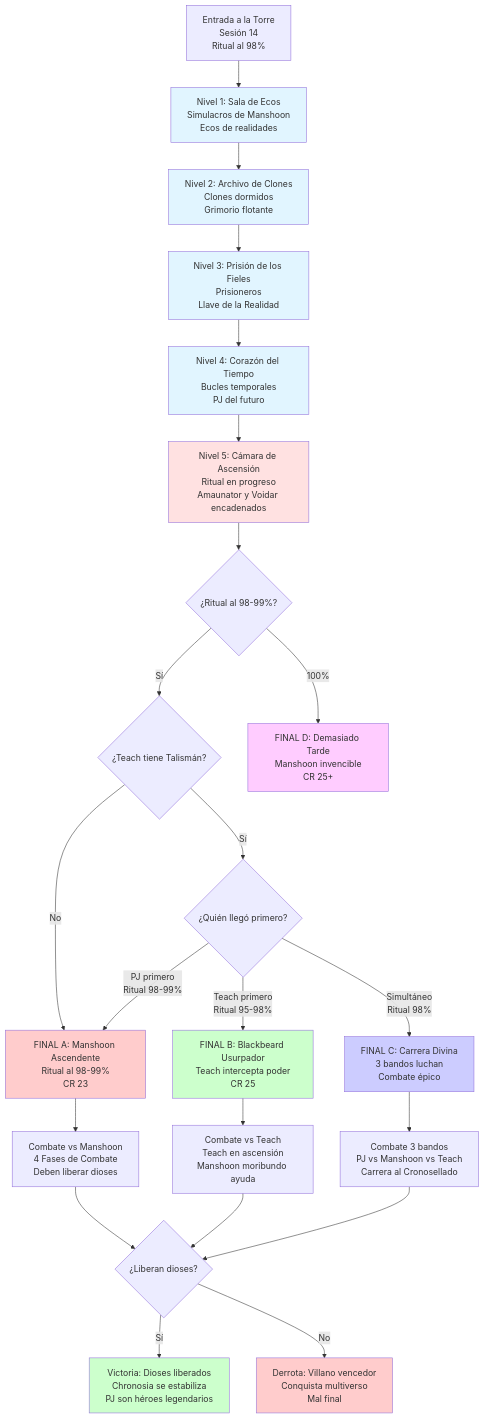
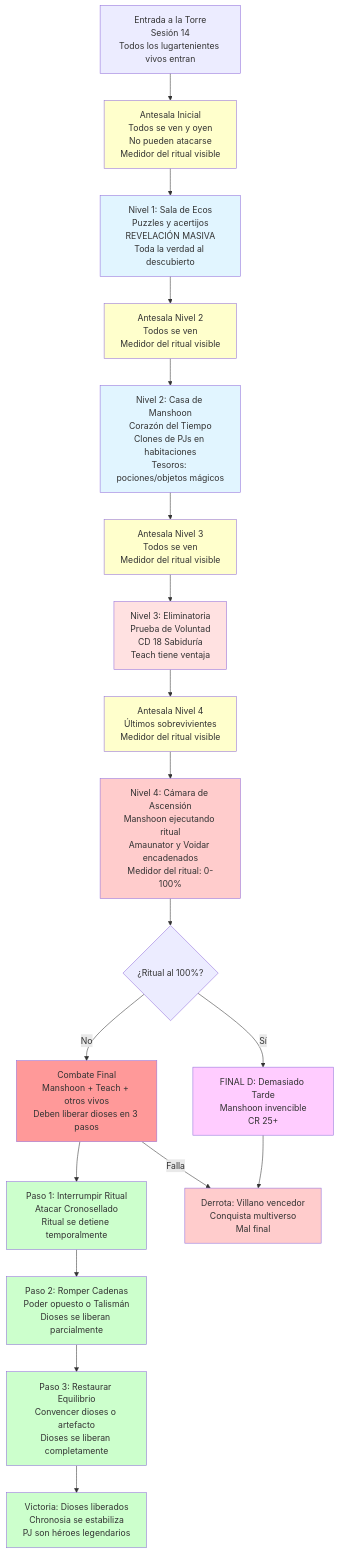
The diagram in Chronosia_Campana_Profesional/00_Esquemas/03_Torre_Eternidad.md (asantolaria/dnd-campaign-chronosia), drawn with Mermaid before and after one commit. The commit also changed other lines of this file and 70 other files, not shown here.

````diff
--- a/Chronosia_Campana_Profesional/00_Esquemas/03_Torre_Eternidad.md
+++ b/Chronosia_Campana_Profesional/00_Esquemas/03_Torre_Eternidad.md
@@ -18,47 +18,48 @@
 ```mermaid
 flowchart TD
-    ENTRADA[Entrada a la Torre<br/>Sesión 14<br/>Ritual al 98%] --> N1[Nivel 1: Sala de Ecos<br/>Simulacros de Manshoon<br/>Ecos de realidades]
+    ENTRADA[Entrada a la Torre<br/>Sesión 14<br/>Todos los lugartenientes vivos entran] --> ANTESALA[Antesala Inicial<br/>Todos se ven y oyen<br/>No pueden atacarse<br/>Medidor del ritual visible]
     
-    N1 --> N2[Nivel 2: Archivo de Clones<br/>Clones dormidos<br/>Grimorio flotante]
+    ANTESALA --> N1[Nivel 1: Sala de Ecos<br/>Puzzles y acertijos<br/>REVELACIÓN MASIVA<br/>Toda la verdad al descubierto]
     
-    N2 --> N3[Nivel 3: Prisión de los Fieles<br/>Prisioneros<br/>Llave de la Realidad]
+    N1 --> ANTESALA2[Antesala Nivel 2<br/>Todos se ven<br/>Medidor del ritual visible]
+    ANTESALA2 --> N2[Nivel 2: Casa de Manshoon<br/>Corazón del Tiempo<br/>Clones de PJs en habitaciones<br/>Tesoros: pociones/objetos mágicos]
     
-    N3 --> N4[Nivel 4: Corazón del Tiempo<br/>Bucles temporales<br/>PJ del futuro]
+    N2 --> ANTESALA3[Antesala Nivel 3<br/>Todos se ven<br/>Medidor del ritual visible]
+    ANTESALA3 --> N3[Nivel 3: Eliminatoria<br/>Prueba de Voluntad<br/>CD 18 Sabiduría<br/>Teach tiene ventaja]
     
-    N4 --> N5[Nivel 5: Cámara de Ascensión<br/>Ritual en progreso<br/>Amaunator y Voidar encadenados]
+    N3 --> ANTESALA4[Antesala Nivel 4<br/>Últimos sobrevivientes<br/>Medidor del ritual visible]
+    ANTESALA4 --> N4[Nivel 4: Cámara de Ascensión<br/>Manshoon ejecutando ritual<br/>Amaunator y Voidar encadenados<br/>Medidor del ritual: 0-100%]
     
-    N5 --> TIMING{¿Ritual al 98-99%?}
+    N4 --> TIMING{¿Ritual al 100%?}
     
-    TIMING -->|Sí| CHECK_TEACH{¿Teach tiene Talismán?}
-    TIMING -->|100%| FINAL_D[FINAL D: Demasiado Tarde<br/>Manshoon invencible<br/>CR 25+]
+    TIMING -->|No| COMBATE[Combate Final<br/>Manshoon + Teach + otros vivos<br/>Deben liberar dioses en 3 pasos]
+    TIMING -->|Sí| FINAL_D[FINAL D: Demasiado Tarde<br/>Manshoon invencible<br/>CR 25+]
     
-    CHECK_TEACH -->|Sí| CHECK_ARRIVAL{¿Quién llegó primero?}
-    CHECK_TEACH -->|No| FINAL_A[FINAL A: Manshoon Ascendente<br/>Ritual al 98-99%<br/>CR 23]
+    COMBATE --> PASO1[Paso 1: Interrumpir Ritual<br/>Atacar Cronosellado<br/>Ritual se detiene temporalmente]
     
-    CHECK_ARRIVAL -->|Teach primero<br/>Ritual 95-98%| FINAL_B[FINAL B: Blackbeard Usurpador<br/>Teach intercepta poder<br/>CR 25]
-    CHECK_ARRIVAL -->|PJ primero<br/>Ritual 98-99%| FINAL_A
-    CHECK_ARRIVAL -->|Simultáneo<br/>Ritual 98%| FINAL_C[FINAL C: Carrera Divina<br/>3 bandos luchan<br/>Combate épico]
+    PASO1 --> PASO2[Paso 2: Romper Cadenas<br/>Poder opuesto o Talismán<br/>Dioses se liberan parcialmente]
     
-    FINAL_A --> COMBATE1[Combate vs Manshoon<br/>4 Fases de Combate<br/>Deben liberar dioses]
-    FINAL_B --> COMBATE2[Combate vs Teach<br/>Teach en ascensión<br/>Manshoon moribundo ayuda]
-    FINAL_C --> COMBATE3[Combate 3 bandos<br/>PJ vs Manshoon vs Teach<br/>Carrera al Cronosellado]
+    PASO2 --> PASO3[Paso 3: Restaurar Equilibrio<br/>Convencer dioses o artefacto<br/>Dioses se liberan completamente]
     
-    COMBATE1 --> LIBERAR{¿Liberan dioses?}
-    COMBATE2 --> LIBERAR
-    COMBATE3 --> LIBERAR
+    PASO3 --> VICTORIA[Victoria: Dioses liberados<br/>Chronosia se estabiliza<br/>PJ son héroes legendarios]
     
-    LIBERAR -->|Sí| VICTORIA[Victoria: Dioses liberados<br/>Chronosia se estabiliza<br/>PJ son héroes legendarios]
-    LIBERAR -->|No| DERROTA[Derrota: Villano vencedor<br/>Conquista multiverso<br/>Mal final]
+    COMBATE -->|Falla| DERROTA[Derrota: Villano vencedor<br/>Conquista multiverso<br/>Mal final]
     
+    FINAL_D --> DERROTA
+    
+    style ANTESALA fill:#ffffcc
     style N1 fill:#e1f5ff
+    style ANTESALA2 fill:#ffffcc
     style N2 fill:#e1f5ff
-    style N3 fill:#e1f5ff
-    style N4 fill:#e1f5ff
-    style N5 fill:#ffe1e1
-    style FINAL_A fill:#ffcccc
-    style FINAL_B fill:#ccffcc
-    style FINAL_C fill:#ccccff
+    style ANTESALA3 fill:#ffffcc
+    style N3 fill:#ffe1e1
+    style ANTESALA4 fill:#ffffcc
+    style N4 fill:#ffcccc
+    style COMBATE fill:#ff9999
+    style PASO1 fill:#ccffcc
+    style PASO2 fill:#ccffcc
+    style PASO3 fill:#ccffcc
     style FINAL_D fill:#ffccff
     style VICTORIA fill:#ccffcc
     style DERROTA fill:#ffcccc
 ```
````
